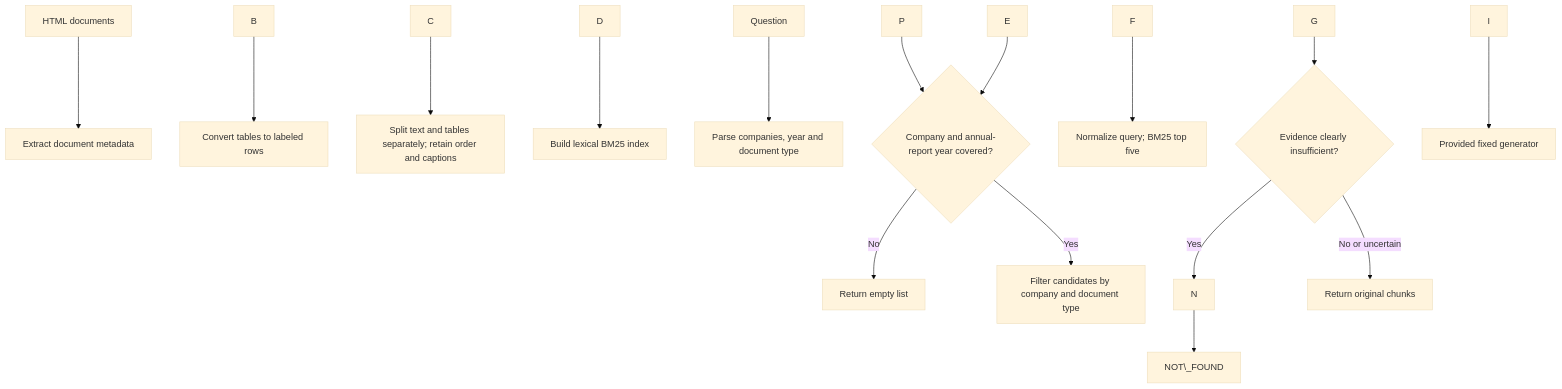
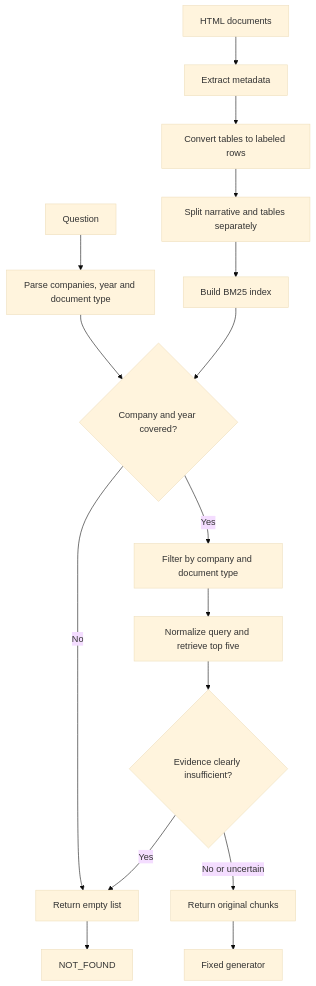
One commit to UnderwaterRain/FTEC5660-HW4 changed the diagram in README.md. Above: the diagram before and after it, drawn with Mermaid (base theme).

Commit message:
Revise flowchart for metadata extraction process
Updated the flowchart in the README to clarify the process of extracting metadata and handling queries.

````diff
--- a/README.md
+++ b/README.md
@@ -7,18 +7,21 @@
 ```mermaid
 flowchart TD
-    A\["HTML documents"] --> B\["Extract document metadata"]
-    B --> C\["Convert tables to labeled rows"]
-    C --> D\["Split text and tables separately; retain order and captions"]
-    D --> E\["Build lexical BM25 index"]
-    Q\["Question"] --> P\["Parse companies, year and document type"]
-    P --> R{"Company and annual-report year covered?"}
+    A["HTML documents"] --> B["Extract metadata"]
+    B --> C["Convert tables to labeled rows"]
+    C --> D["Split narrative and tables separately"]
+    D --> E["Build BM25 index"]
+
+    Q["Question"] --> P["Parse companies, year and document type"]
+    P --> R{"Company and year covered?"}
     E --> R
-    R -->|No| N\["Return empty list"]
-    R -->|Yes| F\["Filter candidates by company and document type"]
-    F --> G\["Normalize query; BM25 top five"]
+
+    R -->|No| N["Return empty list"]
+    R -->|Yes| F["Filter by company and document type"]
+    F --> G["Normalize query and retrieve top five"]
     G --> H{"Evidence clearly insufficient?"}
+
     H -->|Yes| N
-    H -->|No or uncertain| I\["Return original chunks"]
-    I --> J\["Provided fixed generator"]
-    N --> K\["NOT\_FOUND"]
+    H -->|No or uncertain| I["Return original chunks"]
+    I --> J["Fixed generator"]
+    N --> K["NOT_FOUND"]
 ```
````
